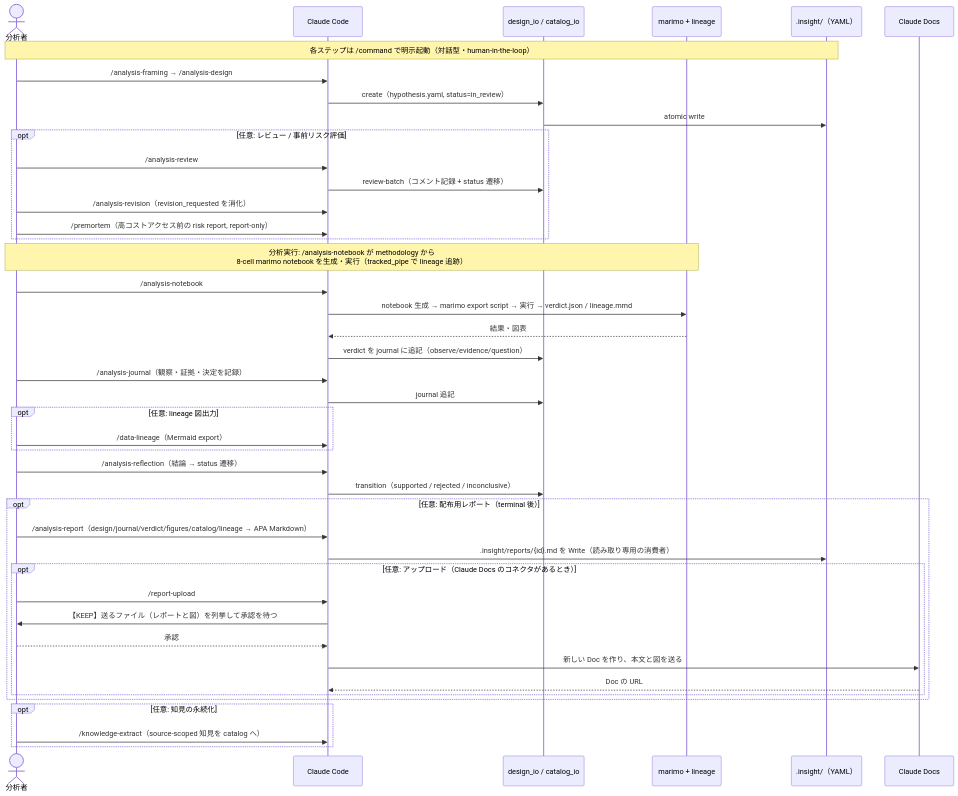
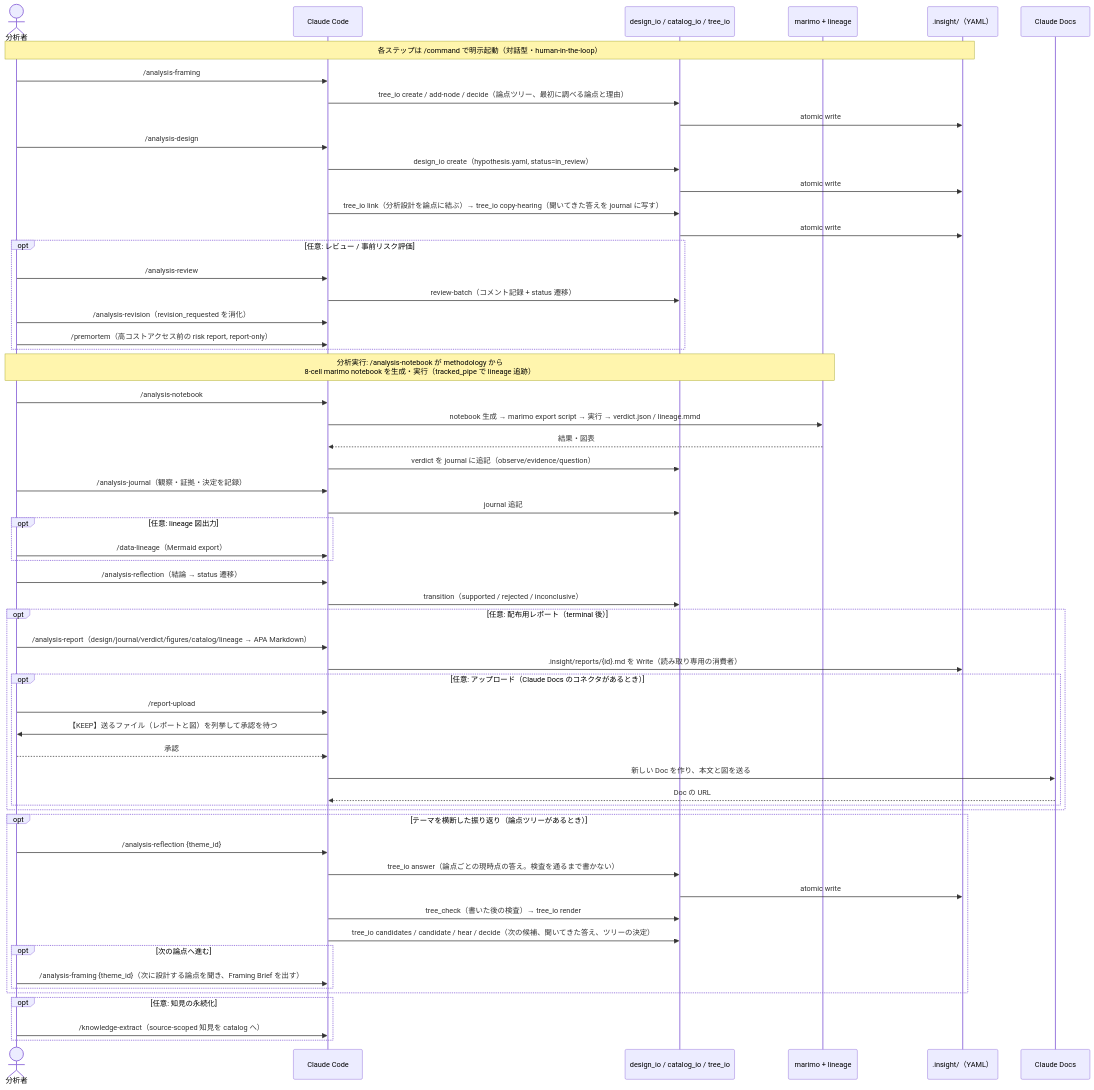
The fourth of 6 diagrams in docs/ARCHITECTURE.md (etoyama/insight-blueprint-skills), drawn with Mermaid before and after one commit. The commit also changed other lines of this file and 58 other files, not shown here.

````diff
--- a/docs/ARCHITECTURE.md
+++ b/docs/ARCHITECTURE.md
@@ -244,49 +266,64 @@
 ```mermaid
 sequenceDiagram
     actor U as 分析者
     participant CC as Claude Code
-    participant IO as design_io / catalog_io
+    participant IO as design_io / catalog_io / tree_io
     participant MO as marimo + lineage
     participant FS as .insight/（YAML）
     participant DC as Claude Docs
 
     Note over U,FS: 各ステップは /command で明示起動（対話型・human-in-the-loop）
-    U->>CC: /analysis-framing → /analysis-design
-    CC->>IO: create（hypothesis.yaml, status=in_review）
+    U->>CC: /analysis-framing
+    CC->>IO: tree_io create / add-node / decide（論点ツリー、最初に調べる論点と理由）
+    IO->>FS: atomic write
+    U->>CC: /analysis-design
+    CC->>IO: design_io create（hypothesis.yaml, status=in_review）
+    IO->>FS: atomic write
+    CC->>IO: tree_io link（分析設計を論点に結ぶ）→ tree_io copy-hearing（聞いてきた答えを journal に写す）
     IO->>FS: atomic write
 
     opt 任意: レビュー / 事前リスク評価
         U->>CC: /analysis-review
         CC->>IO: review-batch（コメント記録 + status 遷移）
         U->>CC: /analysis-revision（revision_requested を消化）
         U->>CC: /premortem（高コストアクセス前の risk report, report-only）
     end
 
     Note over U,MO: 分析実行: /analysis-notebook が methodology から<br/>8-cell marimo notebook を生成・実行（tracked_pipe で lineage 追跡）
     U->>CC: /analysis-notebook
     CC->>MO: notebook 生成 → marimo export script → 実行 → verdict.json / lineage.mmd
     MO-->>CC: 結果・図表
     CC->>IO: verdict を journal に追記（observe/evidence/question）
 
     U->>CC: /analysis-journal（観察・証拠・決定を記録）
     CC->>IO: journal 追記
     opt 任意: lineage 図出力
         U->>CC: /data-lineage（Mermaid export）
     end
     U->>CC: /analysis-reflection（結論 → status 遷移）
     CC->>IO: transition（supported / rejected / inconclusive）
     opt 任意: 配布用レポート（terminal 後）
         U->>CC: /analysis-report（design/journal/verdict/figures/catalog/lineage → APA Markdown）
         CC->>FS: .insight/reports/{id}.md を Write（読み取り専用の消費者）
         opt 任意: アップロード（Claude Docs のコネクタがあるとき）
             U->>CC: /report-upload
             CC->>U: 【KEEP】送るファイル（レポートと図）を列挙して承認を待つ
             U-->>CC: 承認
             CC->>DC: 新しい Doc を作り、本文と図を送る
             DC-->>CC: Doc の URL
         end
     end
+    opt テーマを横断した振り返り（論点ツリーがあるとき）
+        U->>CC: /analysis-reflection {theme_id}
+        CC->>IO: tree_io answer（論点ごとの現時点の答え。検査を通るまで書かない）
+        IO->>FS: atomic write
+        CC->>IO: tree_check（書いた後の検査）→ tree_io render
+        CC->>IO: tree_io candidates / candidate / hear / decide（次の候補、聞いてきた答え、ツリーの決定）
+        opt 次の論点へ進む
+            U->>CC: /analysis-framing {theme_id}（次に設計する論点を聞き、Framing Brief を出す）
+        end
+    end
     opt 任意: 知見の永続化
         U->>CC: /knowledge-extract（source-scoped 知見を catalog へ）
     end
 ```
````
